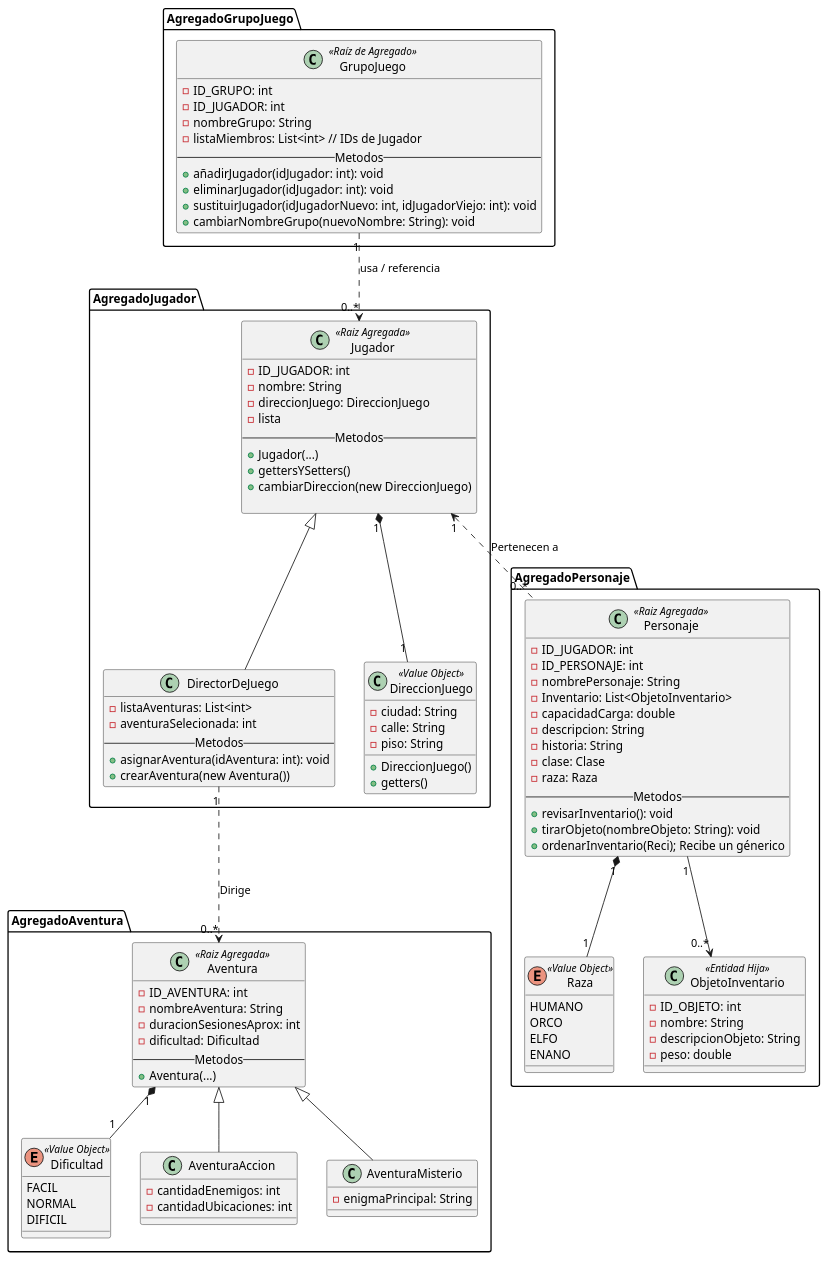
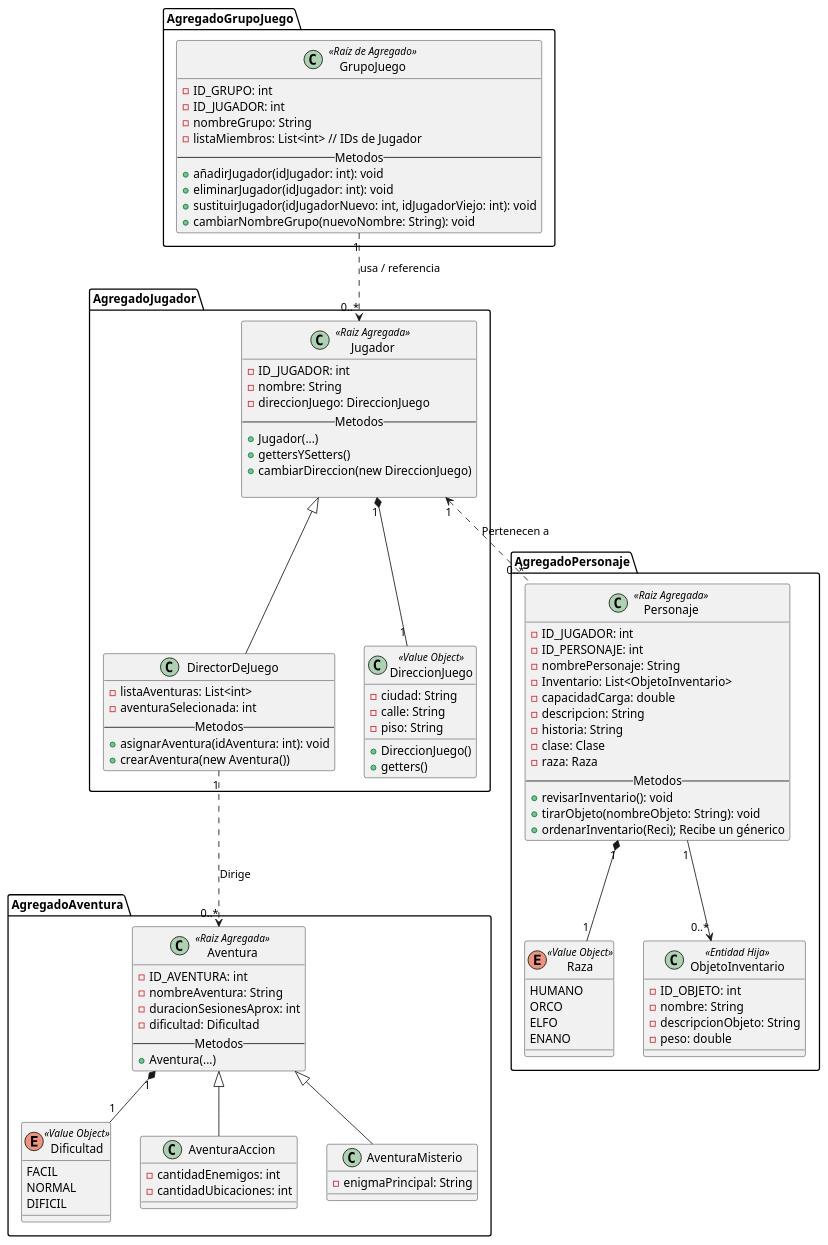
One commit to Rubick65/trabajoDDD changed the diagram in trabajo/diagramaClasesDDD.puml. Above: the diagram before and after it, drawn with PlantUML.

Commit message:
Diagrama de clases actualizado(No definitivo v4)

```diff
--- a/trabajo/diagramaClasesDDD.puml
+++ b/trabajo/diagramaClasesDDD.puml
@@ -1,118 +1,117 @@
 @startuml
 package AgregadoJugador{
     class Jugador <<Raiz Agregada>>{
         -ID_JUGADOR: int
         -nombre: String
         -direccionJuego: DireccionJuego
-        -lista
         --Metodos--
         +Jugador(...)
         +gettersYSetters()
         +cambiarDireccion(new DireccionJuego)
 
     }
 
     class DirectorDeJuego extends Jugador{
         -listaAventuras: List<int>
         -aventuraSelecionada: int
         --Metodos--
          +asignarAventura(idAventura: int): void
          +crearAventura(new Aventura())
     }
 
     class DireccionJuego<<Value Object>>{
         -ciudad: String
         -calle: String
         -piso: String
 
         +DireccionJuego()
         +getters()
     }
 
     Jugador "1" *-- "1" DireccionJuego
 
 }
 
 
 package AgregadoPersonaje{
     enum Raza <<Value Object>>{
         HUMANO
         ORCO
         ELFO
         ENANO
     }
 
     class Personaje<<Raiz Agregada>>{
         -ID_JUGADOR: int
         -ID_PERSONAJE: int
         -nombrePersonaje: String
         -Inventario: List<ObjetoInventario>
         -capacidadCarga: double
         -descripcion: String
         -historia: String
         -clase: Clase
         -raza: Raza
         --Metodos--
         +revisarInventario(): void
         +tirarObjeto(nombreObjeto: String): void
         +ordenarInventario(Reci); Recibe un génerico
         }
 
     class ObjetoInventario<<Entidad Hija>>{
         -ID_OBJETO: int
         -nombre: String
         -descripcionObjeto: String
         -peso: double
     }
 
     Personaje "1" --> "0..*" ObjetoInventario
     Personaje "1" *-- "1" Raza
     Jugador "1" <.. "0..*" Personaje: Pertenecen a
 }
 
 package AgregadoGrupoJuego{
     class GrupoJuego <<Raíz de Agregado>> {
         -ID_GRUPO: int
         -ID_JUGADOR: int
         -nombreGrupo: String
         -listaMiembros: List<int> // IDs de Jugador
         --Metodos--
         +añadirJugador(idJugador: int): void
         +eliminarJugador(idJugador: int): void
         +sustituirJugador(idJugadorNuevo: int, idJugadorViejo: int): void
         +cambiarNombreGrupo(nuevoNombre: String): void
     }
 }
 
 ' La relación es de referencia de IDs
 GrupoJuego "1" ..> "0..*" Jugador : usa / referencia
 
 
 package AgregadoAventura{
     enum Dificultad<<Value Object>>{
         FACIL
         NORMAL
         DIFICIL
     }
     class Aventura<<Raiz Agregada>>{
         -ID_AVENTURA: int
         -nombreAventura: String
         -duracionSesionesAprox: int
         -dificultad: Dificultad
         --Metodos--
         +Aventura(...)
     }
 
     class AventuraAccion extends Aventura{
         -cantidadEnemigos: int
         -cantidadUbicaciones: int
     }
 
     class AventuraMisterio extends Aventura{
             -enigmaPrincipal: String
     }
 
     DirectorDeJuego "1" ..> "0..*" Aventura: Dirige
     Aventura "1" *-- "1" Dificultad
 }
 @enduml
```
